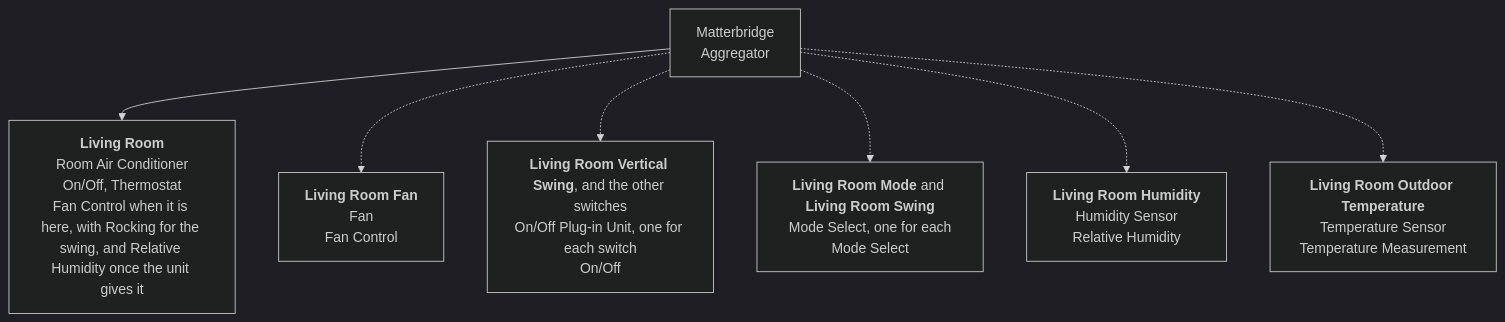
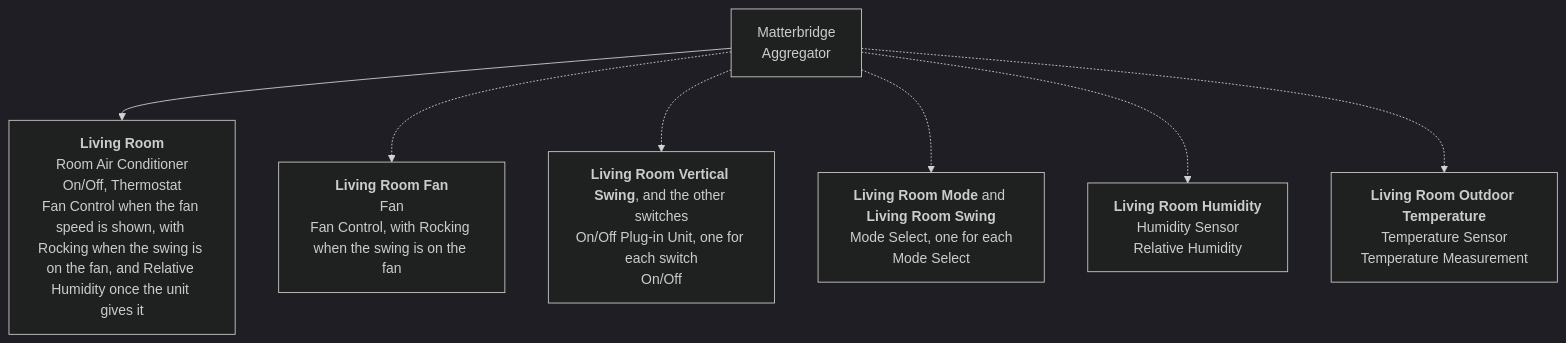
The second of 2 diagrams in README.md (cheziyi/matterbridge-daikin-local), drawn with Mermaid (dark theme) before and after one commit. The commit also changed other lines of this file and 8 other files, not shown here.

First line of the commit message:
fix(devices): show the rocking only for the swing on the fan, never beside the switches or the select

````diff
--- a/README.md
+++ b/README.md
@@ -268,16 +268,16 @@
 ```mermaid
 flowchart TD
     bridge["Matterbridge<br/>Aggregator"]
-    ac["<b>Living Room</b><br/>Room Air Conditioner<br/>On/Off, Thermostat<br/>Fan Control when it is here, with Rocking for the swing, and Relative Humidity once the unit gives it"]
-    fan["<b>Living Room Fan</b><br/>Fan<br/>Fan Control"]
+    ac["<b>Living Room</b><br/>Room Air Conditioner<br/>On/Off, Thermostat<br/>Fan Control when the fan speed is shown, with Rocking when the swing is on the fan, and Relative Humidity once the unit gives it"]
+    fan["<b>Living Room Fan</b><br/>Fan<br/>Fan Control, with Rocking when the swing is on the fan"]
     switches["<b>Living Room Vertical Swing</b>, and the other switches<br/>On/Off Plug-in Unit, one for each switch<br/>On/Off"]
     selects["<b>Living Room Mode</b> and <b>Living Room Swing</b><br/>Mode Select, one for each<br/>Mode Select"]
     humidity["<b>Living Room Humidity</b><br/>Humidity Sensor<br/>Relative Humidity"]
     outdoor["<b>Living Room Outdoor Temperature</b><br/>Temperature Sensor<br/>Temperature Measurement"]
     bridge --> ac
     bridge -.-> fan
     bridge -.-> switches
     bridge -.-> selects
     bridge -.-> humidity
     bridge -.-> outdoor
 ```
````
